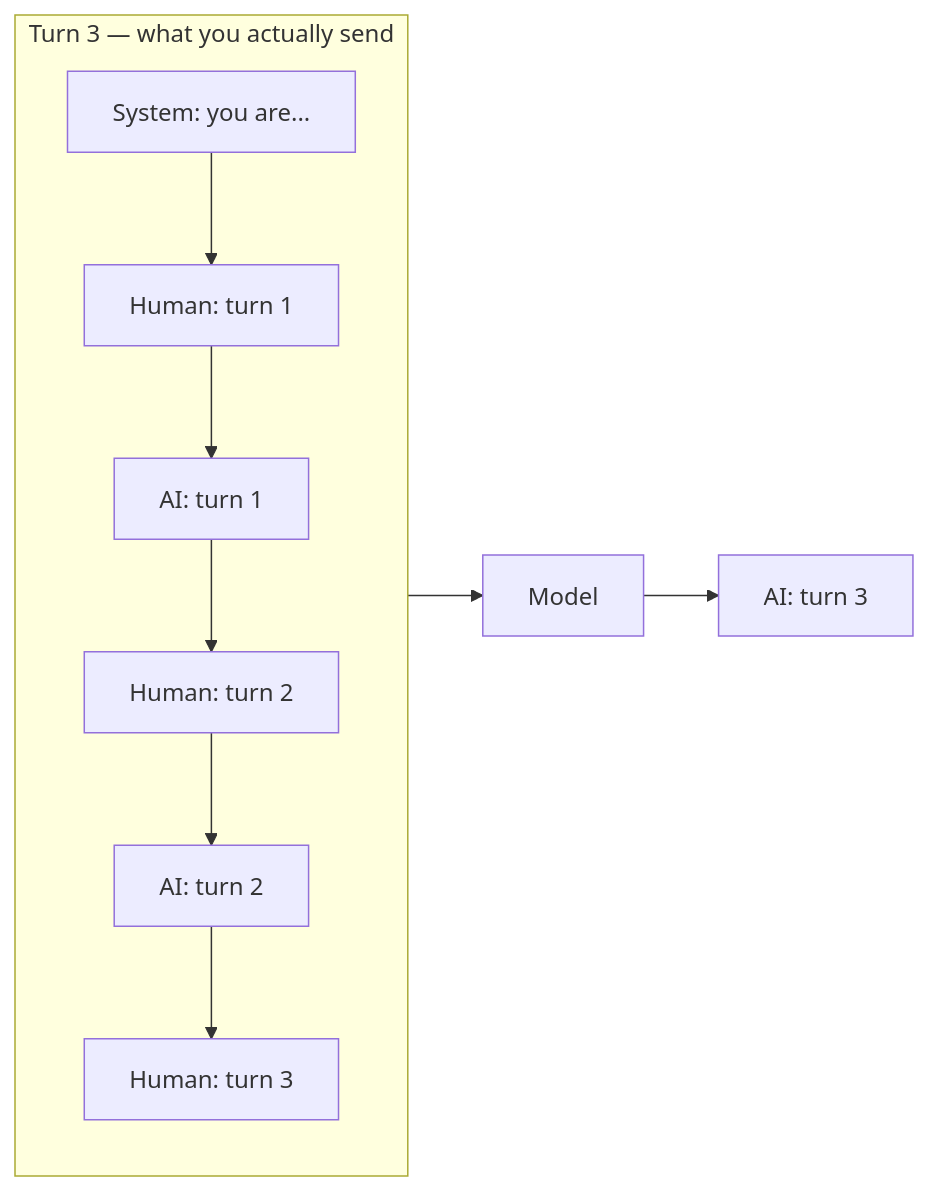
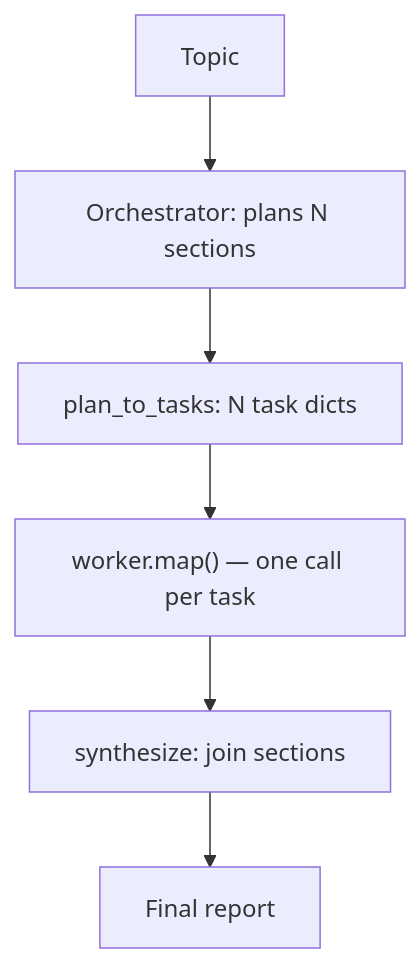
Before and after one commit to Sourav692/AI-ENGINEERING-DEMYSTIFIED: the fourth of 7 diagrams in tutorials/01_langchain_foundations_INTERVIEW_TUTORIAL.md, drawn with Mermaid. The commit also changed other lines of this file and 13 other files, not shown here.

````diff
--- a/tutorials/01_langchain_foundations_INTERVIEW_TUTORIAL.md
+++ b/tutorials/01_langchain_foundations_INTERVIEW_TUTORIAL.md
@@ -182,12 +265,8 @@
 ```mermaid
-flowchart LR
-  subgraph T3["Turn 3 — what you actually send"]
-    S["System: you are..."] --> H1["Human: turn 1"]
-    H1 --> A1["AI: turn 1"]
-    A1 --> H2["Human: turn 2"]
-    H2 --> A2["AI: turn 2"]
-    A2 --> H3["Human: turn 3"]
-  end
-  T3 --> M["Model"]
-  M --> R["AI: turn 3"]
+flowchart TD
+    A["Topic"] --> B["Orchestrator: plans N sections"]
+    B --> C["plan_to_tasks: N task dicts"]
+    C --> D["worker.map() — one call per task"]
+    D --> E["synthesize: join sections"]
+    E --> F["Final report"]
 ```
````
